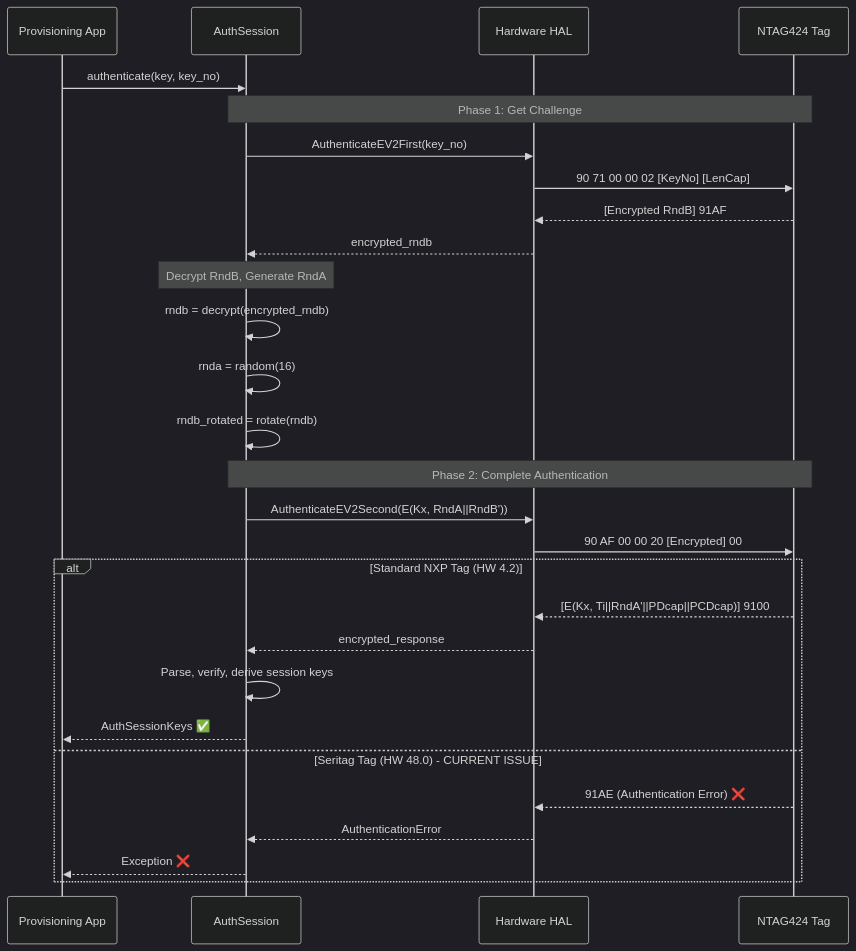
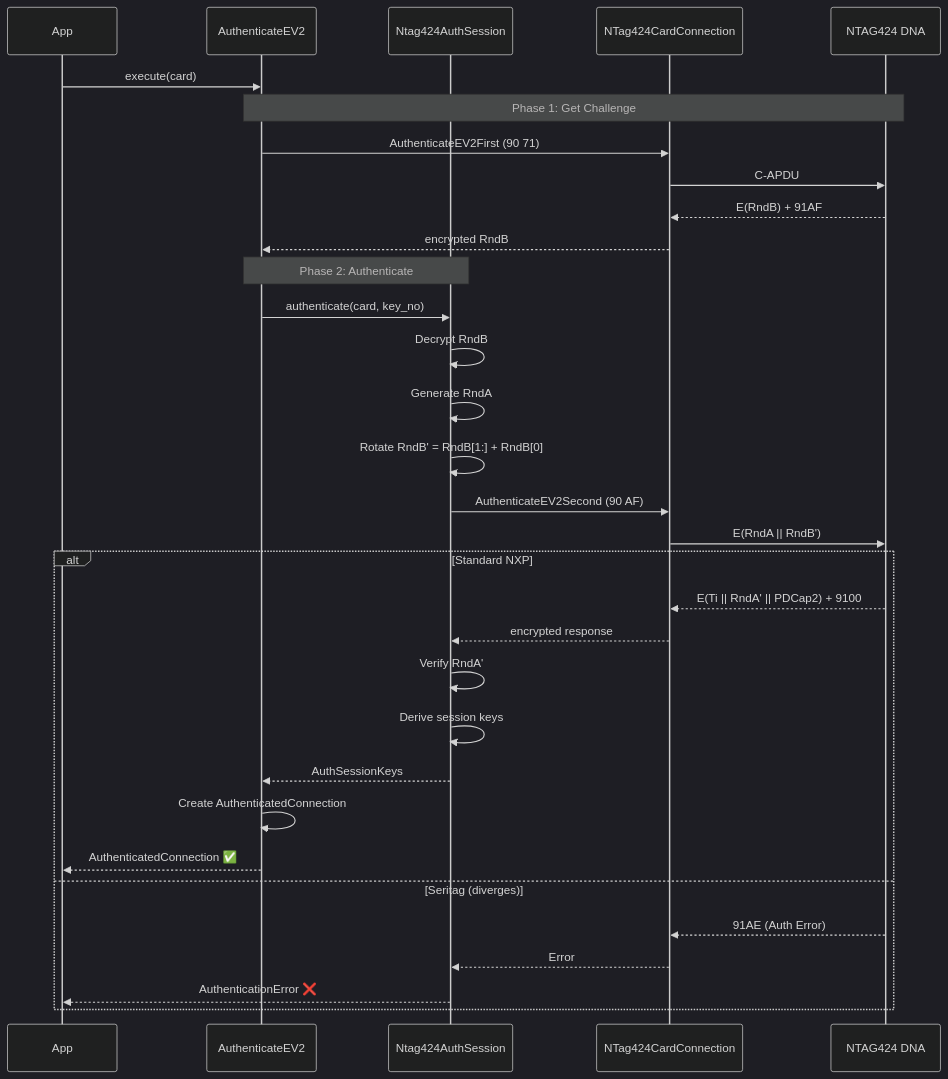
One commit to drusifer/ntag424_sdm_provisioner changed the diagram in Plan.md. Above: the diagram before and after it, drawn with Mermaid (dark theme). The commit also changed other lines of this file and 72 other files, not shown here.

````diff
--- a/Plan.md
+++ b/Plan.md
@@ -58,35 +154,38 @@
 ```mermaid
 sequenceDiagram
-    participant App as Provisioning App
-    participant Auth as AuthSession
-    participant HAL as Hardware HAL
-    participant Tag as NTAG424 Tag
+    participant App
+    participant AuthEV2 as AuthenticateEV2
+    participant Session as Ntag424AuthSession
+    participant Card as NTag424CardConnection
+    participant Tag as NTAG424 DNA
 
-    App->>Auth: authenticate(key, key_no)
+    App->>AuthEV2: execute(card)
     
-    Note over Auth,Tag: Phase 1: Get Challenge
-    Auth->>HAL: AuthenticateEV2First(key_no)
-    HAL->>Tag: 90 71 00 00 02 [KeyNo] [LenCap]
-    Tag-->>HAL: [Encrypted RndB] 91AF
-    HAL-->>Auth: encrypted_rndb
+    Note over AuthEV2,Tag: Phase 1: Get Challenge
+    AuthEV2->>Card: AuthenticateEV2First (90 71)
+    Card->>Tag: C-APDU
+    Tag-->>Card: E(RndB) + 91AF
+    Card-->>AuthEV2: encrypted RndB
     
-    Note over Auth: Decrypt RndB, Generate RndA
-    Auth->>Auth: rndb = decrypt(encrypted_rndb)
-    Auth->>Auth: rnda = random(16)
-    Auth->>Auth: rndb_rotated = rotate(rndb)
+    Note over AuthEV2,Session: Phase 2: Authenticate
+    AuthEV2->>Session: authenticate(card, key_no)
+    Session->>Session: Decrypt RndB
+    Session->>Session: Generate RndA
+    Session->>Session: Rotate RndB' = RndB[1:] + RndB[0]
+    Session->>Card: AuthenticateEV2Second (90 AF)
+    Card->>Tag: E(RndA || RndB')
     
-    Note over Auth,Tag: Phase 2: Complete Authentication
-    Auth->>HAL: AuthenticateEV2Second(E(Kx, RndA||RndB'))
-    HAL->>Tag: 90 AF 00 00 20 [Encrypted] 00
-    
-    alt Standard NXP Tag (HW 4.2)
-        Tag-->>HAL: [E(Kx, Ti||RndA'||PDcap||PCDcap)] 9100
-        HAL-->>Auth: encrypted_response
-        Auth->>Auth: Parse, verify, derive session keys
-        Auth-->>App: AuthSessionKeys ✅
-    else Seritag Tag (HW 48.0) - CURRENT ISSUE
-        Tag-->>HAL: 91AE (Authentication Error) ❌
-        HAL-->>Auth: AuthenticationError
-        Auth-->>App: Exception ❌
+    alt Standard NXP
+        Tag-->>Card: E(Ti || RndA' || PDCap2) + 9100
+        Card-->>Session: encrypted response
+        Session->>Session: Verify RndA'
+        Session->>Session: Derive session keys
+        Session-->>AuthEV2: AuthSessionKeys
+        AuthEV2->>AuthEV2: Create AuthenticatedConnection
+        AuthEV2-->>App: AuthenticatedConnection ✅
+    else Seritag (diverges)
+        Tag-->>Card: 91AE (Auth Error)
+        Card-->>Session: Error
+        Session-->>App: AuthenticationError ❌
     end
 ```
````
